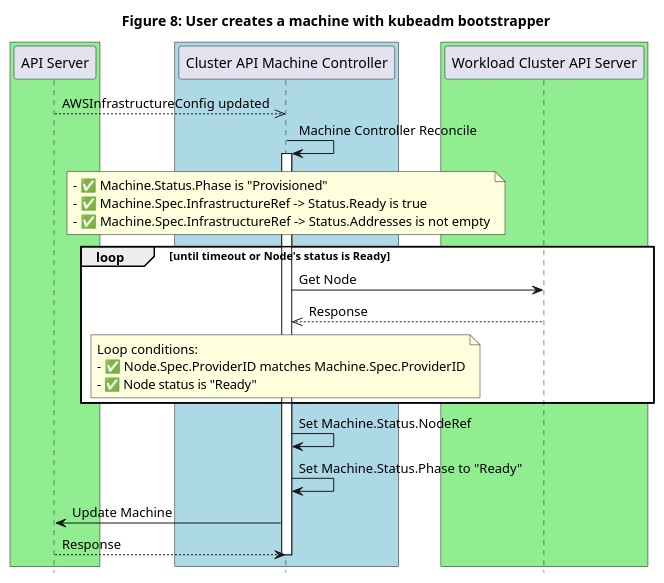
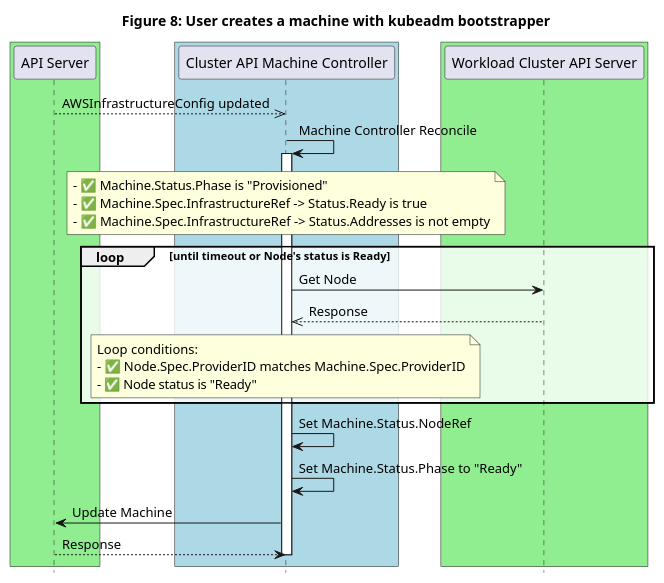
The diagram in docs/proposals/images/machine-states-preboot/Figure8.plantuml (kubernetes-sigs/cluster-api), drawn with PlantUML before and after one commit. The commit also changed 27 other files, not shown here.

Commit message:
Add PlantUML diagram transparency for book and proposals

```diff
--- a/docs/proposals/images/machine-states-preboot/Figure8.plantuml
+++ b/docs/proposals/images/machine-states-preboot/Figure8.plantuml
@@ -1,44 +1,44 @@
 @startuml
 title Figure 8: User creates a machine with kubeadm bootstrapper
 
 ' -- GROUPS START ---
 
 box #lightgreen
 participant "API Server"
 end box
 
 box #lightblue
 participant "Cluster API Machine Controller"
 end box
 
 box #lightgreen
 participant "Workload Cluster API Server"
 end box
 
 ' -- GROUPS END ---
 
 
 "API Server"-->>"Cluster API Machine Controller": AWSInfrastructureConfig updated
 
 "Cluster API Machine Controller"-> "Cluster API Machine Controller":Machine Controller Reconcile
 activate "Cluster API Machine Controller"
 
 note over "Cluster API Machine Controller": - ✅ Machine.Status.Phase is "Provisioned" \n- ✅ Machine.Spec.InfrastructureRef -> Status.Ready is true\n- ✅ Machine.Spec.InfrastructureRef -> Status.Addresses is not empty
 
-loop #white until timeout or Node's status is Ready
+loop #FFFFFFCC until timeout or Node's status is Ready
 "Cluster API Machine Controller"->"Workload Cluster API Server": Get Node
 "Cluster API Machine Controller"<<--"Workload Cluster API Server": Response
 note over "Cluster API Machine Controller":Loop conditions:\n- ✅ Node.Spec.ProviderID matches Machine.Spec.ProviderID\n- ✅ Node status is "Ready"
 end
 
 "Cluster API Machine Controller"->"Cluster API Machine Controller": Set Machine.Status.NodeRef
 
 "Cluster API Machine Controller"->"Cluster API Machine Controller": Set Machine.Status.Phase to "Ready"
 
 "Cluster API Machine Controller"->"API Server": Update Machine
 "Cluster API Machine Controller"<--"API Server": Response
 
 deactivate "Cluster API Machine Controller"
 
 hide footbox
 @enduml
```
